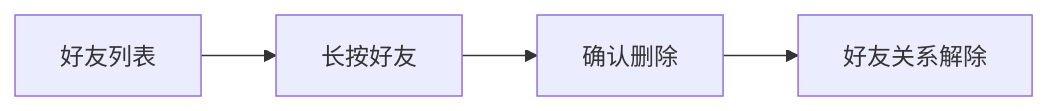
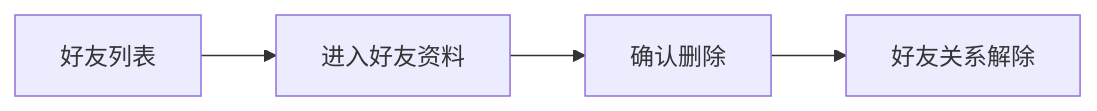
One commit to RainyJiang22/FlashIM_by_ai changed the fifth of 5 diagrams in docs/features/im/friend/v0.0.1/analysis.md. Above: the diagram before and after it, drawn with Mermaid. The commit also changed other lines of this file and 39 other files, not shown here.

````diff
--- a/docs/features/im/friend/v0.0.1/analysis.md
+++ b/docs/features/im/friend/v0.0.1/analysis.md
@@ -77,6 +80,6 @@
 ```mermaid
 flowchart LR
-    E1[好友列表] --> E2[长按好友]
+    E1[好友列表] --> E2[进入好友资料]
     E2 --> E3[确认删除]
     E3 --> E4[好友关系解除]
 ```
````
